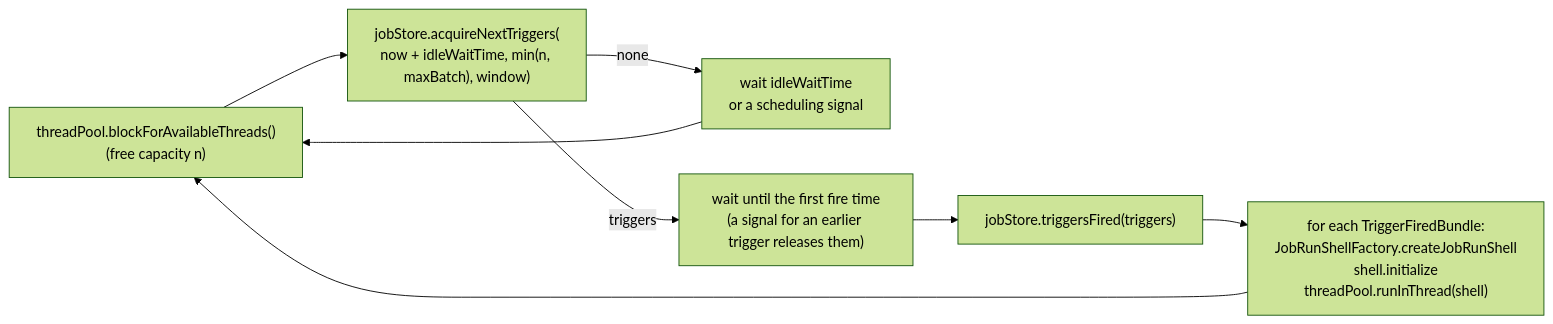
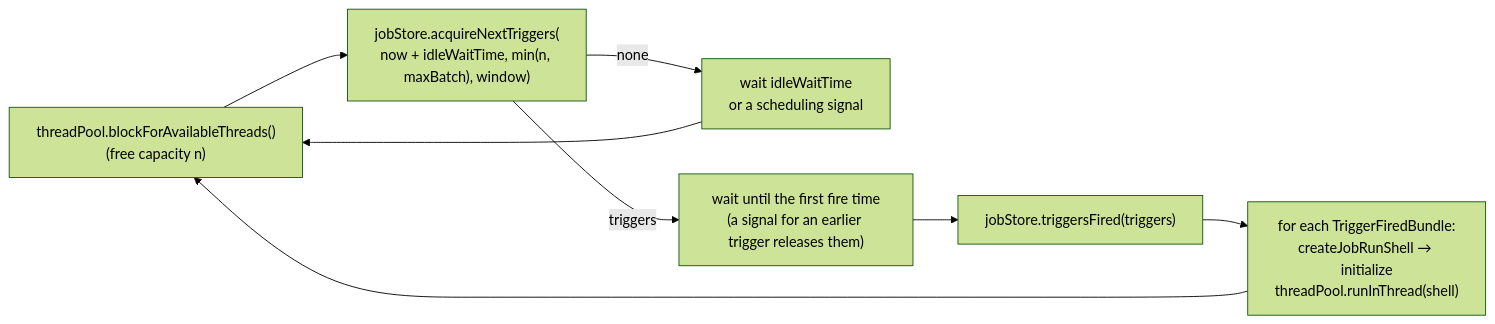
One commit to officiallysingh/spring-boot-quartz-scheduler changed the third of 6 diagrams in DEVELOPER_GUIDE.md. Above: the diagram before and after it, drawn with Mermaid (forest theme). The commit also changed other lines of this file, not shown here.

````diff
--- a/DEVELOPER_GUIDE.md
+++ b/DEVELOPER_GUIDE.md
@@ -166,9 +173,9 @@
 ```mermaid
 flowchart LR
   A["threadPool.blockForAvailableThreads()<br/>(free capacity n)"] --> B["jobStore.acquireNextTriggers(<br/>now + idleWaitTime, min(n, maxBatch), window)"]
   B -->|none| W["wait idleWaitTime<br/>or a scheduling signal"] --> A
   B -->|triggers| C["wait until the first fire time<br/>(a signal for an earlier trigger releases them)"]
   C --> D["jobStore.triggersFired(triggers)"]
-  D --> E["for each TriggerFiredBundle:<br/>JobRunShellFactory.createJobRunShell<br/>shell.initialize<br/>threadPool.runInThread(shell)"]
+  D --> E["for each TriggerFiredBundle:<br/>createJobRunShell → initialize<br/>threadPool.runInThread(shell)"]
   E --> A
 ```
````
